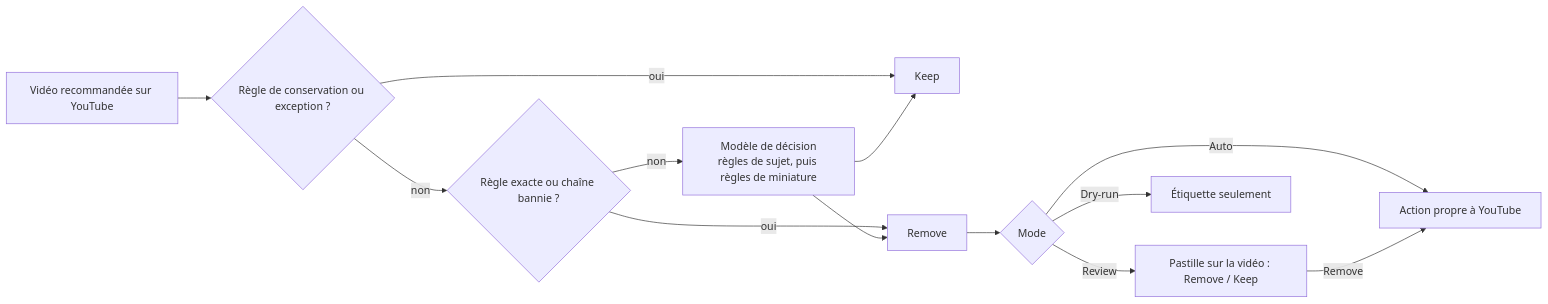
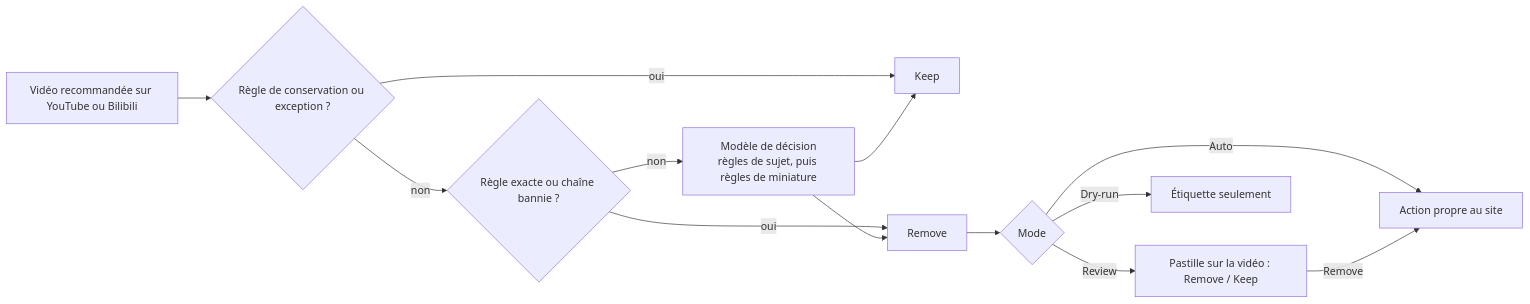
One commit to Laoweek/shoo changed the diagram in docs/i18n/README.fr.md. Above: the diagram before and after it, drawn with Mermaid. The commit also changed other lines of this file and 211 other files, not shown here.

````diff
--- a/docs/i18n/README.fr.md
+++ b/docs/i18n/README.fr.md
@@ -23,15 +23,15 @@
 ```mermaid
 flowchart LR
-  T[Vidéo recommandée sur YouTube] --> K{Règle de conservation ou exception ?}
+  T[Vidéo recommandée sur YouTube ou Bilibili] --> K{Règle de conservation ou exception ?}
   K -- oui --> Keep[Keep]
   K -- non --> E{Règle exacte ou chaîne bannie ?}
   E -- oui --> V[Remove]
   E -- non --> M[Modèle de décision<br/>règles de sujet, puis règles de miniature]
   M --> V
   M --> Keep
   V --> Mode{Mode}
-  Mode -- Auto --> A[Action propre à YouTube]
+  Mode -- Auto --> A[Action propre au site]
   Mode -- Review --> C[Pastille sur la vidéo : Remove / Keep]
   Mode -- Dry-run --> L[Étiquette seulement]
   C -- Remove --> A
 ```
````
